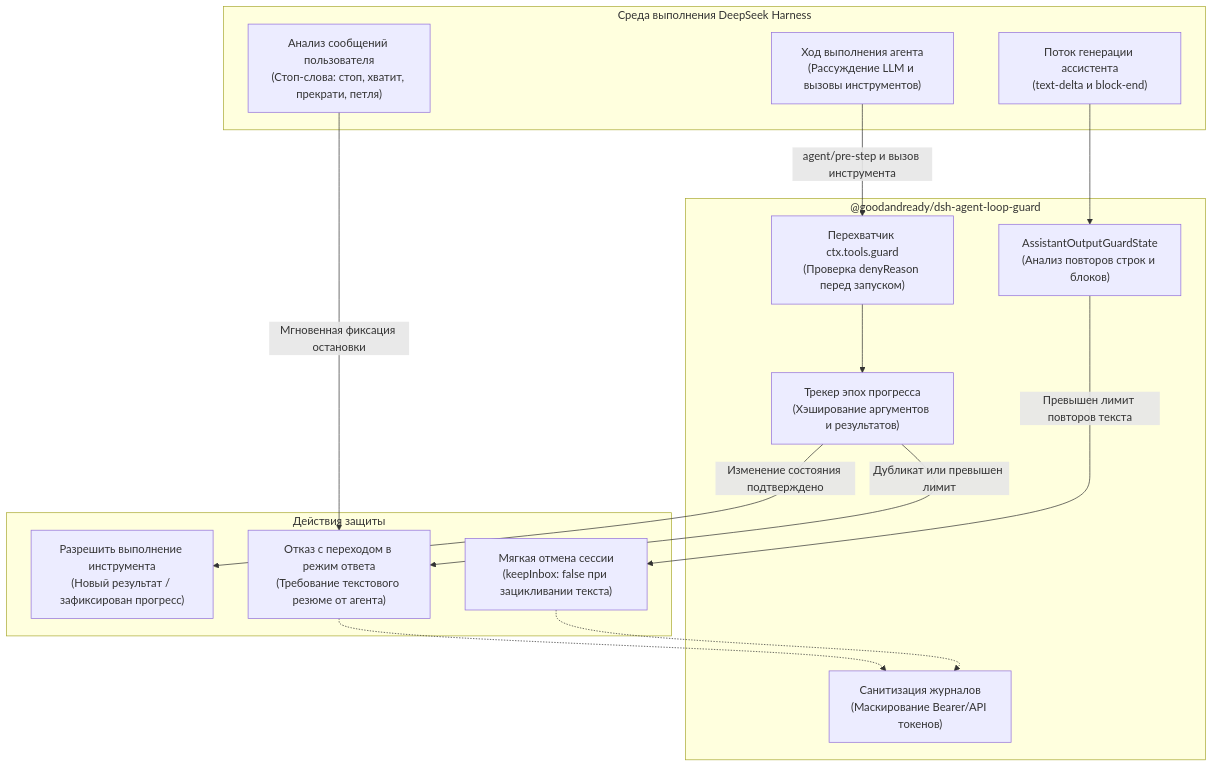
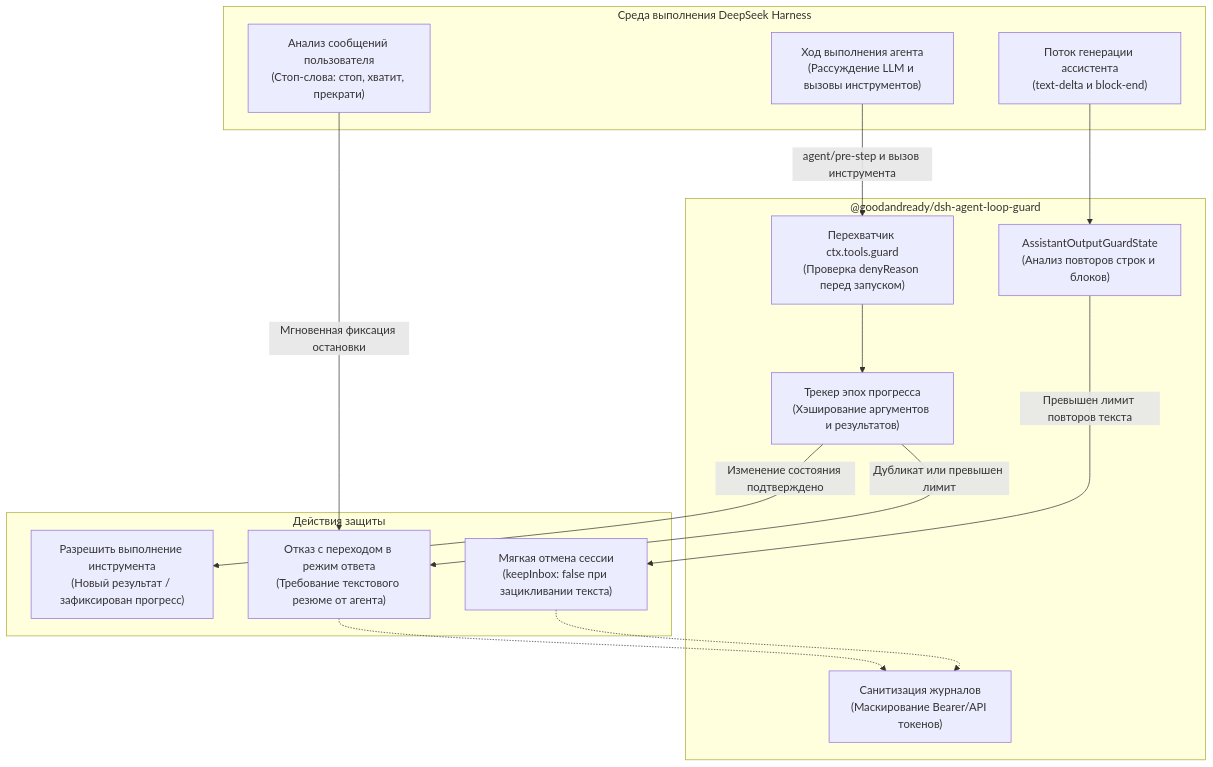
The diagram in README.ru.md (GooDAnDReaDY/dsh-agent-loop-guard), drawn with Mermaid before and after one commit. The commit also changed other lines of this file and 7 other files, not shown here.

````diff
--- a/README.ru.md
+++ b/README.ru.md
@@ -58,31 +58,31 @@
 ```mermaid
 graph TD
     subgraph DSH ["Среда выполнения DeepSeek Harness"]
         Turn["Ход выполнения агента<br/>(Рассуждение LLM и вызовы инструментов)"]
         Stream["Поток генерации ассистента<br/>(text-delta и block-end)"]
-        UserStop["Анализ сообщений пользователя<br/>(Стоп-слова: стоп, хватит, прекрати, петля)"]
+        UserStop["Анализ сообщений пользователя<br/>(Стоп-слова: стоп, хватит, прекрати)"]
     end
 
     subgraph LoopGuard ["@goodandready/dsh-agent-loop-guard"]
         ToolInterceptor["Перехватчик ctx.tools.guard<br/>(Проверка denyReason перед запуском)"]
         ProgressEpoch["Трекер эпох прогресса<br/>(Хэширование аргументов и результатов)"]
         OutputState["AssistantOutputGuardState<br/>(Анализ повторов строк и блоков)"]
         SafeLogger["Санитизация журналов<br/>(Маскирование Bearer/API токенов)"]
     end
 
     subgraph Actions ["Действия защиты"]
         Allow["Разрешить выполнение инструмента<br/>(Новый результат / зафиксирован прогресс)"]
         Deny["Отказ с переходом в режим ответа<br/>(Требование текстового резюме от агента)"]
         Cancel["Мягкая отмена сессии<br/>(keepInbox: false при зацикливании текста)"]
     end
 
     Turn -->|agent/pre-step и вызов инструмента| ToolInterceptor
     ToolInterceptor --> ProgressEpoch
     ProgressEpoch -->|Изменение состояния подтверждено| Allow
     ProgressEpoch -->|Дубликат или превышен лимит| Deny
     Stream --> OutputState
     OutputState -->|Превышен лимит повторов текста| Cancel
     UserStop -->|Мгновенная фиксация остановки| Deny
     Deny -.-> SafeLogger
     Cancel -.-> SafeLogger
 ```
````
